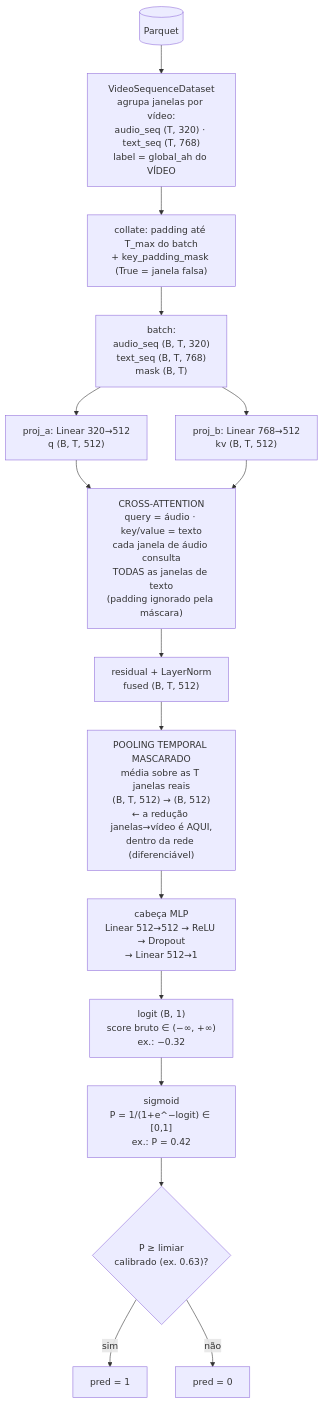
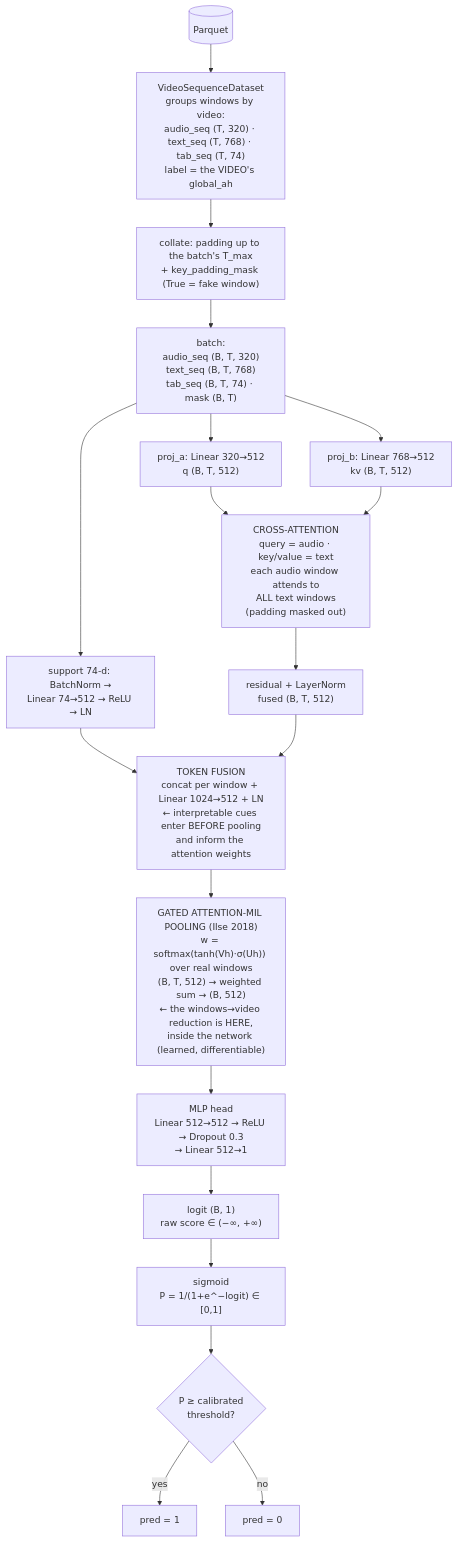
One commit to Liga-de-IA-PUCPR/abaw-11-ah-challenge changed the third of 4 diagrams in README.md. Above: the diagram before and after it, drawn with Mermaid. The commit also changed other lines of this file, not shown here.

````diff
--- a/README.md
+++ b/README.md
@@ -304,18 +380,21 @@
 ```mermaid
 flowchart TD
-    P[("Parquet")] --> DS["VideoSequenceDataset<br/>agrupa janelas por vídeo:<br/>audio_seq (T, 320) · text_seq (T, 768)<br/>label = global_ah do VÍDEO"]
-    DS --> CL["collate: padding até T_max do batch<br/>+ key_padding_mask (True = janela falsa)"]
-    CL --> B["batch:<br/>audio_seq (B, T, 320)<br/>text_seq (B, T, 768)<br/>mask (B, T)"]
+    P[("Parquet")] --> DS["VideoSequenceDataset<br/>groups windows by video:<br/>audio_seq (T, 320) · text_seq (T, 768) · tab_seq (T, 74)<br/>label = the VIDEO's global_ah"]
+    DS --> CL["collate: padding up to the batch's T_max<br/>+ key_padding_mask (True = fake window)"]
+    CL --> B["batch:<br/>audio_seq (B, T, 320)<br/>text_seq (B, T, 768)<br/>tab_seq (B, T, 74) · mask (B, T)"]
     B --> PA["proj_a: Linear 320→512<br/>q (B, T, 512)"]
     B --> PB["proj_b: Linear 768→512<br/>kv (B, T, 512)"]
-    PA --> CA["CROSS-ATTENTION<br/>query = áudio · key/value = texto<br/>cada janela de áudio consulta<br/>TODAS as janelas de texto<br/>(padding ignorado pela máscara)"]
+    PA --> CA["CROSS-ATTENTION<br/>query = audio · key/value = text<br/>each audio window attends to<br/>ALL text windows<br/>(padding masked out)"]
     PB --> CA
     CA --> RES["residual + LayerNorm<br/>fused (B, T, 512)"]
-    RES --> PO["POOLING TEMPORAL MASCARADO<br/>média sobre as T janelas reais<br/>(B, T, 512) → (B, 512)<br/>← a redução janelas→vídeo é AQUI,<br/>dentro da rede (diferenciável)"]
-    PO --> H["cabeça MLP<br/>Linear 512→512 → ReLU → Dropout<br/>→ Linear 512→1"]
-    H --> L["logit (B, 1)<br/>score bruto ∈ (−∞, +∞)<br/>ex.: −0.32"]
-    L --> SG["sigmoid<br/>P = 1/(1+e^−logit) ∈ [0,1]<br/>ex.: P = 0.42"]
-    SG --> TH{"P ≥ limiar<br/>calibrado (ex. 0.63)?"}
-    TH -->|sim| Y1["pred = 1"]
-    TH -->|não| Y0["pred = 0"]
+    B --> TK["support 74-d: BatchNorm →<br/>Linear 74→512 → ReLU → LN"]
+    TK --> TF["TOKEN FUSION<br/>concat per window + Linear 1024→512 + LN<br/>← interpretable cues enter BEFORE pooling<br/>and inform the attention weights"]
+    RES --> TF
+    TF --> PO["GATED ATTENTION-MIL POOLING (Ilse 2018)<br/>w = softmax(tanh(Vh)·σ(Uh)) over real windows<br/>(B, T, 512) → weighted sum → (B, 512)<br/>← the windows→video reduction is HERE,<br/>inside the network (learned, differentiable)"]
+    PO --> H["MLP head<br/>Linear 512→512 → ReLU → Dropout 0.3<br/>→ Linear 512→1"]
+    H --> L["logit (B, 1)<br/>raw score ∈ (−∞, +∞)"]
+    L --> SG["sigmoid<br/>P = 1/(1+e^−logit) ∈ [0,1]"]
+    SG --> TH{"P ≥ calibrated<br/>threshold?"}
+    TH -->|yes| Y1["pred = 1"]
+    TH -->|no| Y0["pred = 0"]
 ```
````
